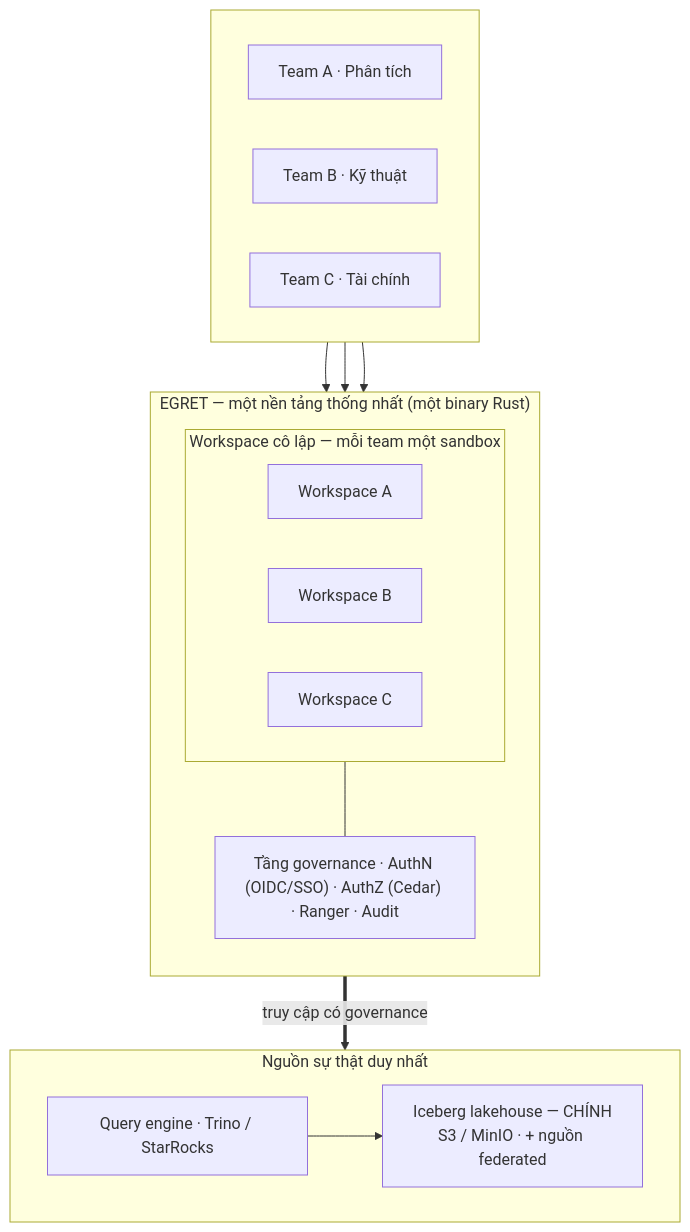
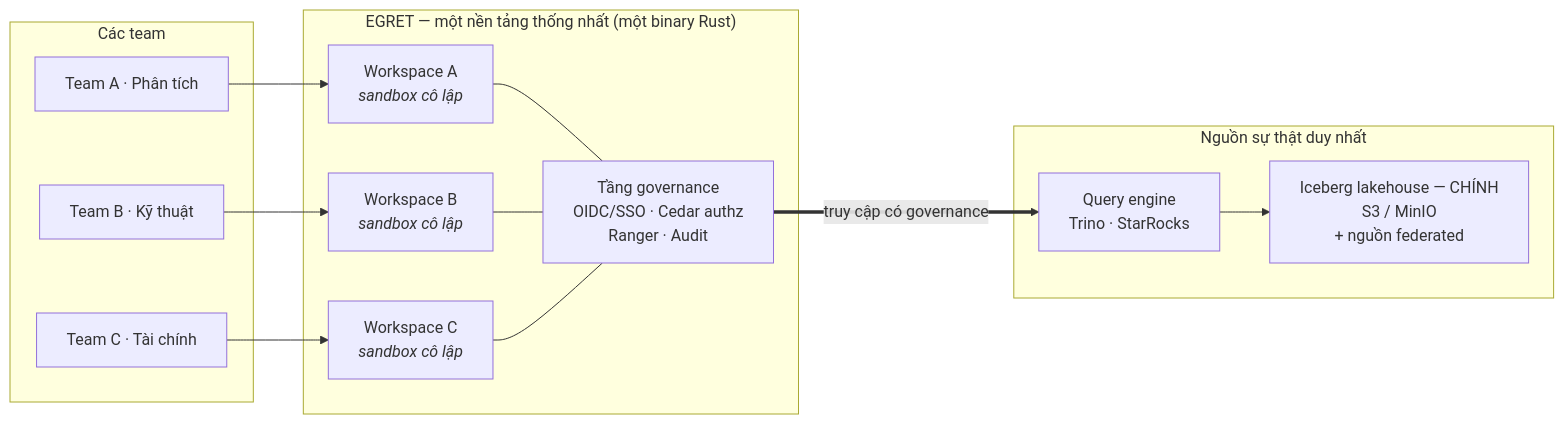
One commit to egret-data/platform changed the first of 7 diagrams in README.vi.md. Above: the diagram before and after it, drawn with Mermaid. The commit also changed other lines of this file and 1 other file, not shown here.

First line of the commit message:
docs(readme): make the big-picture diagram render wide instead of tall (#329)

````diff
--- a/README.vi.md
+++ b/README.vi.md
@@ -32,33 +32,29 @@
 ```mermaid
-flowchart TB
-    subgraph TEAMS[" "]
-        direction LR
+flowchart LR
+    subgraph TEAMS["Các team"]
         A["Team A · Phân tích"]
         B["Team B · Kỹ thuật"]
         C["Team C · Tài chính"]
     end
 
     subgraph EGRET["EGRET — một nền tảng thống nhất (một binary Rust)"]
-        direction TB
-        subgraph WS["Workspace cô lập — mỗi team một sandbox"]
-            direction LR
-            WA["Workspace A"]
-            WB["Workspace B"]
-            WC["Workspace C"]
-        end
-        GOV["Tầng governance · AuthN (OIDC/SSO) · AuthZ (Cedar) · Ranger · Audit"]
-        WS --- GOV
+        WA["Workspace A<br/><i>sandbox cô lập</i>"]
+        WB["Workspace B<br/><i>sandbox cô lập</i>"]
+        WC["Workspace C<br/><i>sandbox cô lập</i>"]
+        GOV["Tầng governance<br/>OIDC/SSO · Cedar authz<br/>Ranger · Audit"]
+        WA --- GOV
+        WB --- GOV
+        WC --- GOV
     end
 
     subgraph SOT["Nguồn sự thật duy nhất"]
-        direction LR
-        ENG["Query engine · Trino / StarRocks"]
-        LAKE["Iceberg lakehouse — CHÍNH<br/>S3 / MinIO · + nguồn federated"]
-        ENG --> LAKE
+        ENG["Query engine<br/>Trino · StarRocks"]
+        LAKE["Iceberg lakehouse — CHÍNH<br/>S3 / MinIO<br/>+ nguồn federated"]
     end
 
     A --> WA
     B --> WB
     C --> WC
     GOV ==>|"truy cập có governance"| ENG
+    ENG --> LAKE
 ```
````
